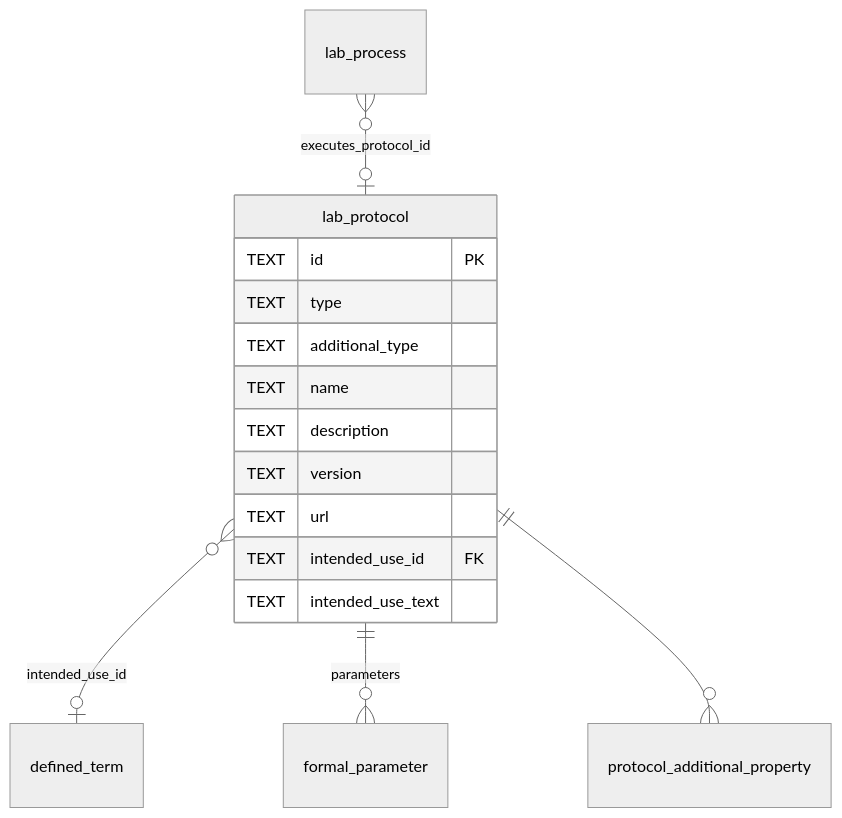
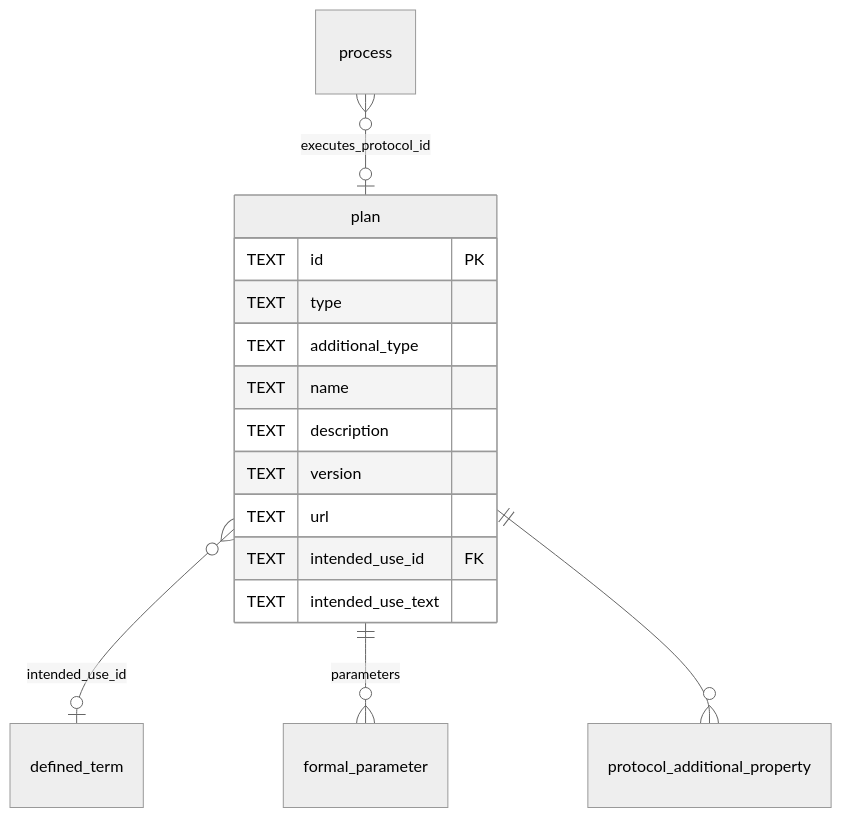
One commit to HLWeil/ProcessCore changed the third of 18 diagrams in schemas/sql/design.md. Above: the diagram before and after it, drawn with Mermaid (neutral theme). The commit also changed other lines of this file and 134 other files, not shown here.

````diff
--- a/schemas/sql/design.md
+++ b/schemas/sql/design.md
@@ -104,18 +104,18 @@
 ```mermaid
 erDiagram
-    lab_protocol {
+    plan {
         TEXT id PK
         TEXT type
         TEXT additional_type
         TEXT name
         TEXT description
         TEXT version
         TEXT url
         TEXT intended_use_id FK
         TEXT intended_use_text
     }
-    lab_protocol }o--o| defined_term : "intended_use_id"
-    lab_protocol ||--o{ formal_parameter : "parameters"
-    lab_protocol ||--o{ protocol_additional_property : ""
-    lab_process }o--o| lab_protocol : "executes_protocol_id"
+    plan }o--o| defined_term : "intended_use_id"
+    plan ||--o{ formal_parameter : "parameters"
+    plan ||--o{ protocol_additional_property : ""
+    process }o--o| plan : "executes_protocol_id"
 ```
````
